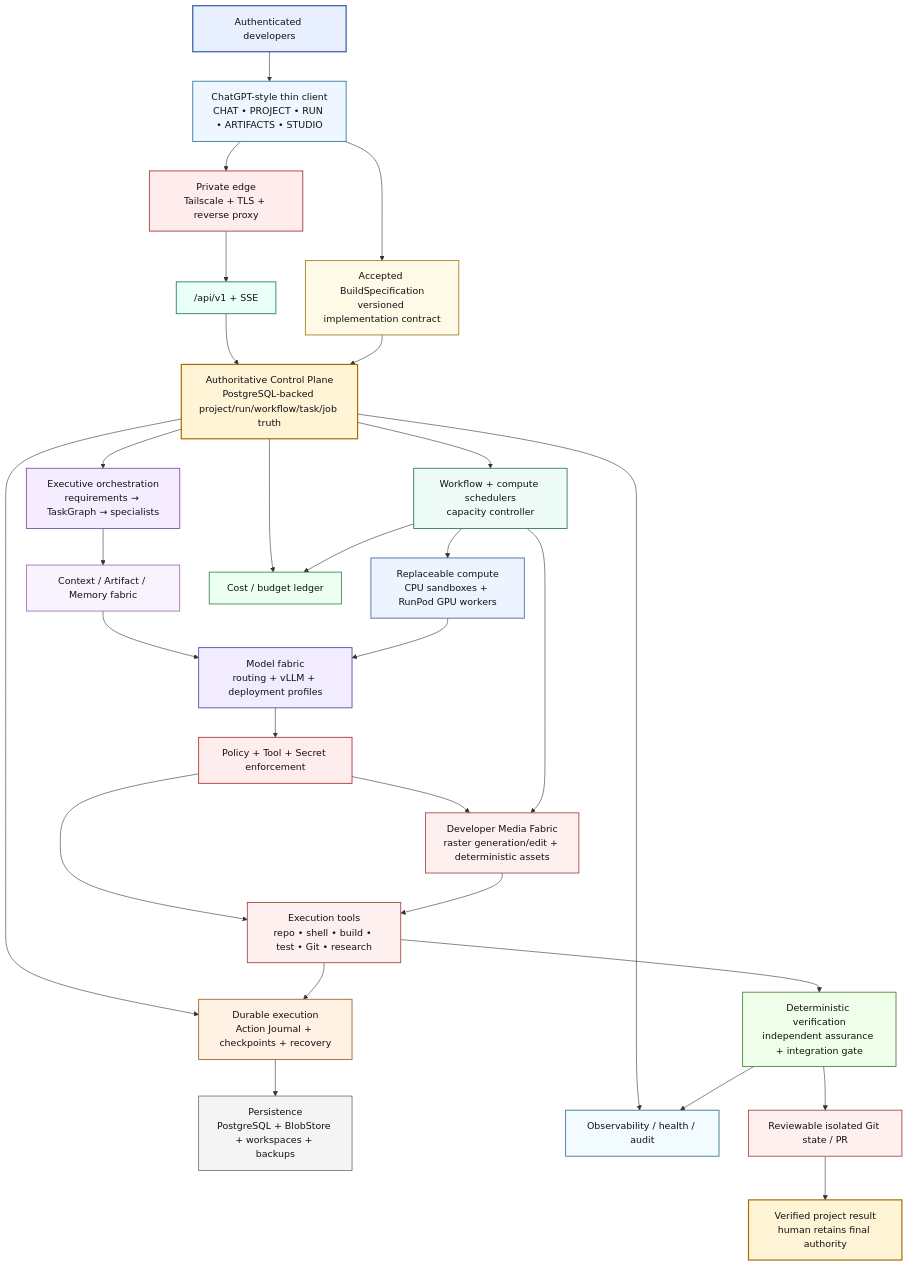
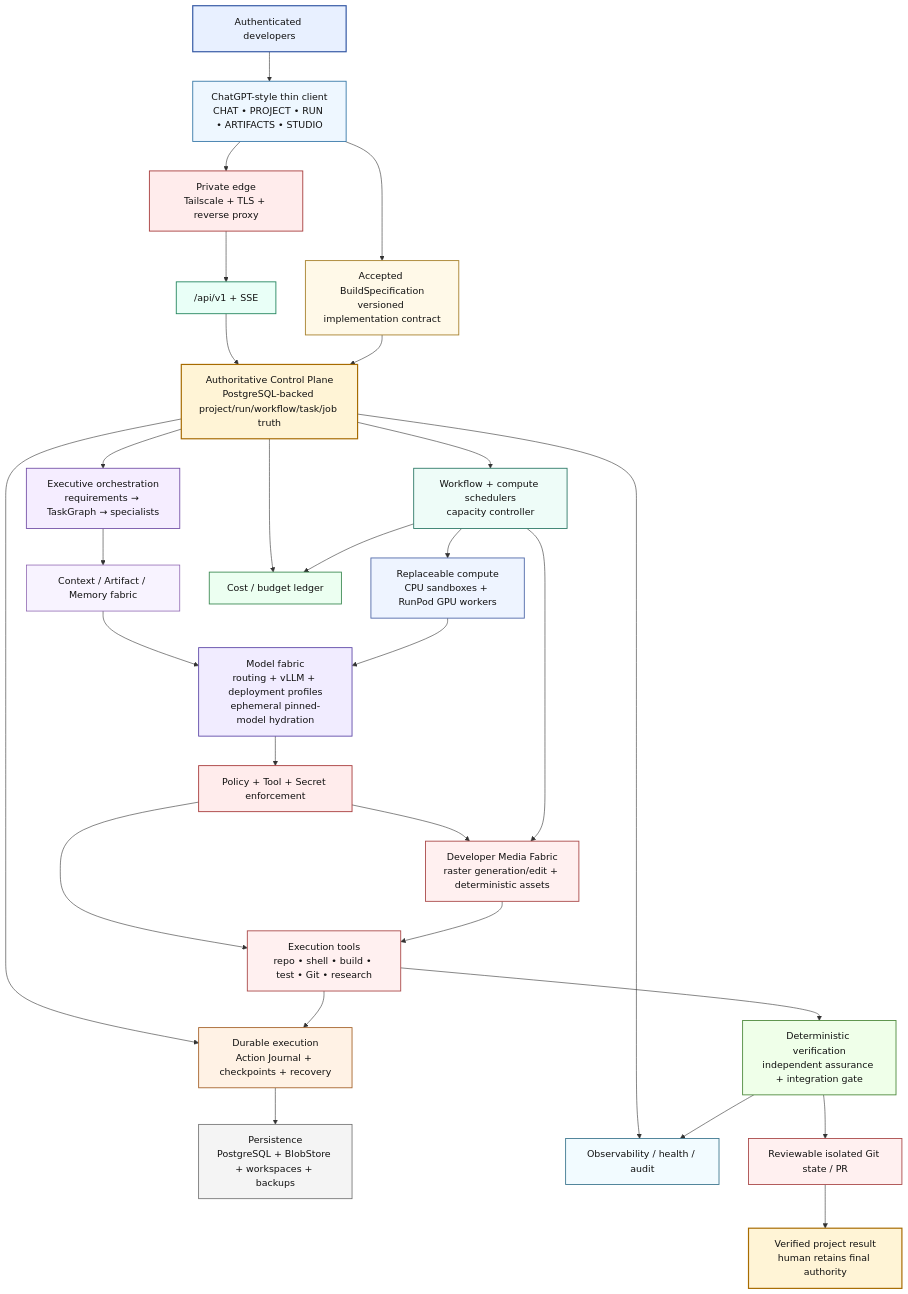
The diagram in Documentation/Design/Diagrams/00-system-overview.mmd (reverez/reverend), drawn with Mermaid before and after one commit.

Commit message:
docs: show ephemeral model hydration in overview

```diff
--- a/Documentation/Design/Diagrams/00-system-overview.mmd
+++ b/Documentation/Design/Diagrams/00-system-overview.mmd
@@ -1,64 +1,64 @@
 flowchart TB
 
 %% STYLES
 %% =========================================================
 classDef human fill:#e8f0ff,stroke:#3458a4,stroke-width:2px,color:#111;
 classDef client fill:#eef7ff,stroke:#3678a8,stroke-width:1.5px,color:#111;
 classDef api fill:#e9fff7,stroke:#23855f,stroke-width:1.5px,color:#111;
 classDef authority fill:#fff4d6,stroke:#a76b00,stroke-width:2px,color:#111;
 classDef domain fill:#fff9e8,stroke:#a7802b,stroke-width:1.5px,color:#111;
 classDef agent fill:#f5edff,stroke:#7552a8,stroke-width:1.5px,color:#111;
 classDef context fill:#f8f3ff,stroke:#8458aa,stroke-width:1.2px,color:#111;
 classDef tool fill:#fff0f0,stroke:#aa4949,stroke-width:1.5px,color:#111;
 classDef verify fill:#efffe9,stroke:#4e8a3c,stroke-width:1.5px,color:#111;
 classDef sched fill:#eefcf8,stroke:#2f7a68,stroke-width:1.5px,color:#111;
 classDef compute fill:#eef4ff,stroke:#4f68a8,stroke-width:1.5px,color:#111;
 classDef model fill:#f1ecff,stroke:#5f49a8,stroke-width:1.5px,color:#111;
 classDef durable fill:#fff2e5,stroke:#a6642c,stroke-width:1.5px,color:#111;
 classDef security fill:#ffecec,stroke:#a73b3b,stroke-width:1.5px,color:#111;
 classDef data fill:#f4f4f4,stroke:#666,stroke-width:1.3px,color:#111;
 classDef cost fill:#ecfff1,stroke:#3e8b55,stroke-width:1.5px,color:#111;
 classDef ops fill:#f2fbff,stroke:#3f7890,stroke-width:1.5px,color:#111;
 classDef external fill:#f7f7f7,stroke:#777,stroke-width:1.2px,stroke-dasharray:5 3,color:#111;
 classDef dev fill:#fff8ed,stroke:#9b6b23,stroke-width:1.3px,color:#111;
 classDef invariant fill:#fffbe6,stroke:#b09121,stroke-width:1.5px,color:#111;
 
 %% =========================================================
 
 H["Authenticated developers"]:::human
 CLIENT["ChatGPT-style thin client<br/>CHAT • PROJECT • RUN • ARTIFACTS • STUDIO"]:::client
 SPEC["Accepted BuildSpecification<br/>versioned implementation contract"]:::domain
 MEDIA["Developer Media Fabric<br/>raster generation/edit + deterministic assets"]:::tool
 EDGE["Private edge<br/>Tailscale + TLS + reverse proxy"]:::security
 API["/api/v1 + SSE"]:::api
 CP["Authoritative Control Plane<br/>PostgreSQL-backed project/run/workflow/task/job truth"]:::authority
 ORCH["Executive orchestration<br/>requirements → TaskGraph → specialists"]:::agent
 CTX["Context / Artifact / Memory fabric"]:::context
-MODEL["Model fabric<br/>routing + vLLM + deployment profiles"]:::model
+MODEL["Model fabric<br/>routing + vLLM + deployment profiles<br/>ephemeral pinned-model hydration"]:::model
 POLICY["Policy + Tool + Secret enforcement"]:::security
 TOOLS["Execution tools<br/>repo • shell • build • test • Git • research"]:::tool
 VERIFY["Deterministic verification<br/>independent assurance + integration gate"]:::verify
 SCHED["Workflow + compute schedulers<br/>capacity controller"]:::sched
 COMPUTE["Replaceable compute<br/>CPU sandboxes + RunPod GPU workers"]:::compute
 DUR["Durable execution<br/>Action Journal + checkpoints + recovery"]:::durable
 STORE["Persistence<br/>PostgreSQL + BlobStore + workspaces + backups"]:::data
 COST["Cost / budget ledger"]:::cost
 OBS["Observability / health / audit"]:::ops
 GIT["Reviewable isolated Git state / PR"]:::tool
 OUT["Verified project result<br/>human retains final authority"]:::authority
 
 H --> CLIENT --> EDGE --> API --> CP
 CLIENT --> SPEC --> CP
 CP --> ORCH --> CTX --> MODEL
 MODEL --> POLICY --> TOOLS --> VERIFY --> GIT --> OUT
 POLICY --> MEDIA --> TOOLS
 
 CP --> SCHED --> COMPUTE
 COMPUTE --> MODEL
 CP --> DUR --> STORE
 CP --> COST
 CP --> OBS
 TOOLS --> DUR
 SCHED --> COST
 SCHED --> MEDIA
 VERIFY --> OBS
```
